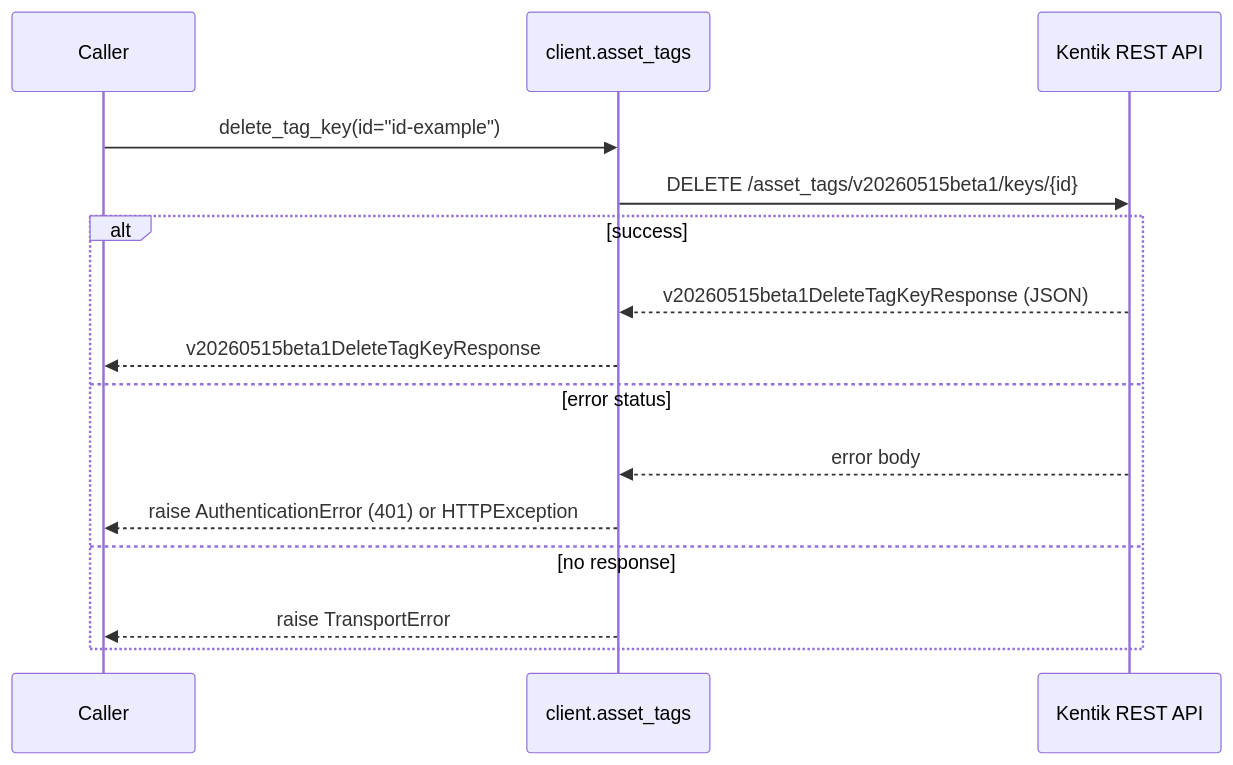
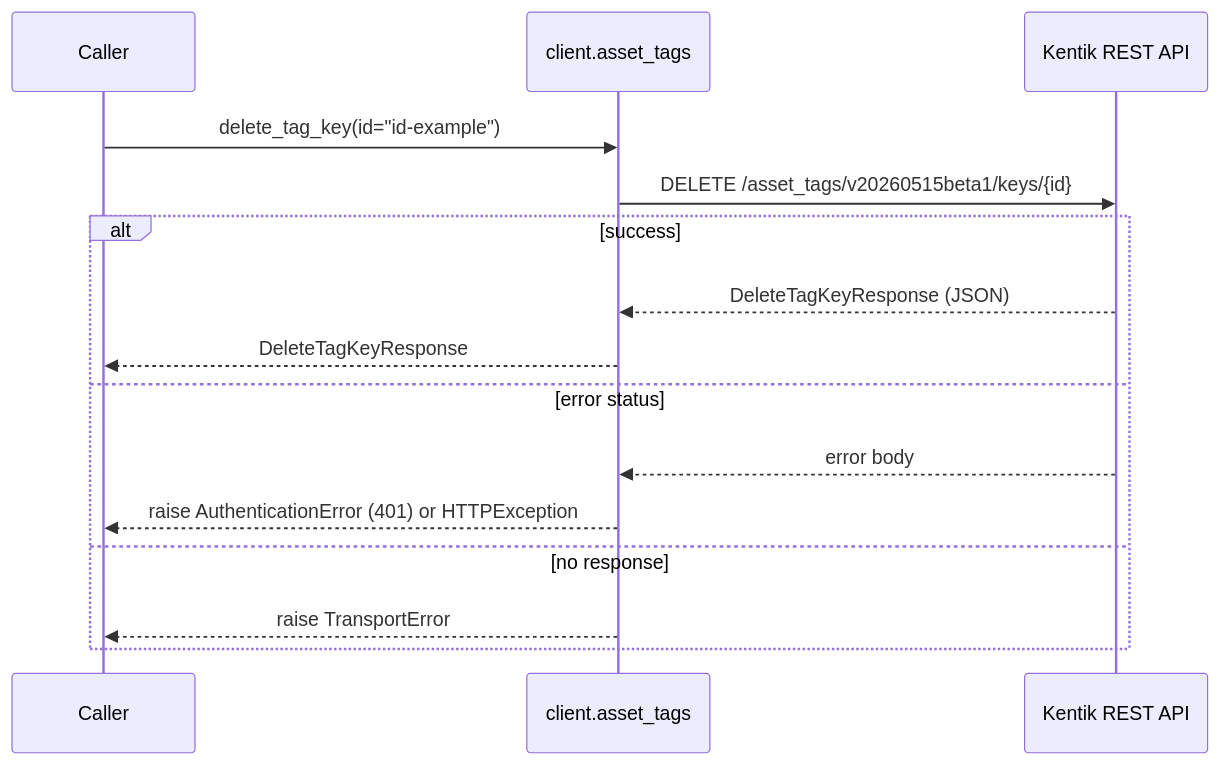
Diagram 12 of 20 in docs/sphinx/services/asset_tags.md (alexdearaujo/community_sdk_python), drawn with Mermaid before and after one commit. The commit also changed other lines of this file and 38 other files, not shown here.

````diff
--- a/docs/sphinx/services/asset_tags.md
+++ b/docs/sphinx/services/asset_tags.md
@@ -414,18 +414,18 @@
 ```mermaid
 sequenceDiagram
     participant C as Caller
     participant W as client.asset_tags
     participant API as Kentik REST API
 
     C->>W: delete_tag_key(id="id-example")
     W->>API: DELETE /asset_tags/v20260515beta1/keys/{id}
     alt success
-        API-->>W: v20260515beta1DeleteTagKeyResponse (JSON)
-        W-->>C: v20260515beta1DeleteTagKeyResponse
+        API-->>W: DeleteTagKeyResponse (JSON)
+        W-->>C: DeleteTagKeyResponse
     else error status
         API-->>W: error body
         W-->>C: raise AuthenticationError (401) or HTTPException
     else no response
         W-->>C: raise TransportError
     end
 ```
````
